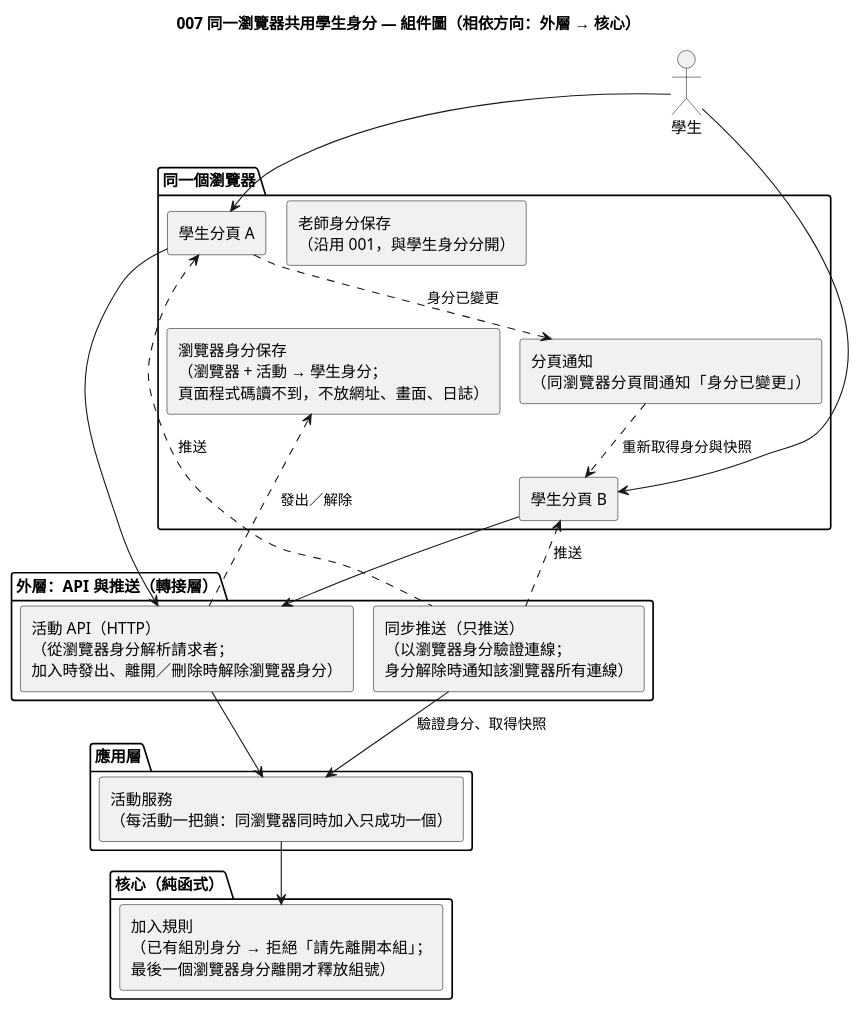
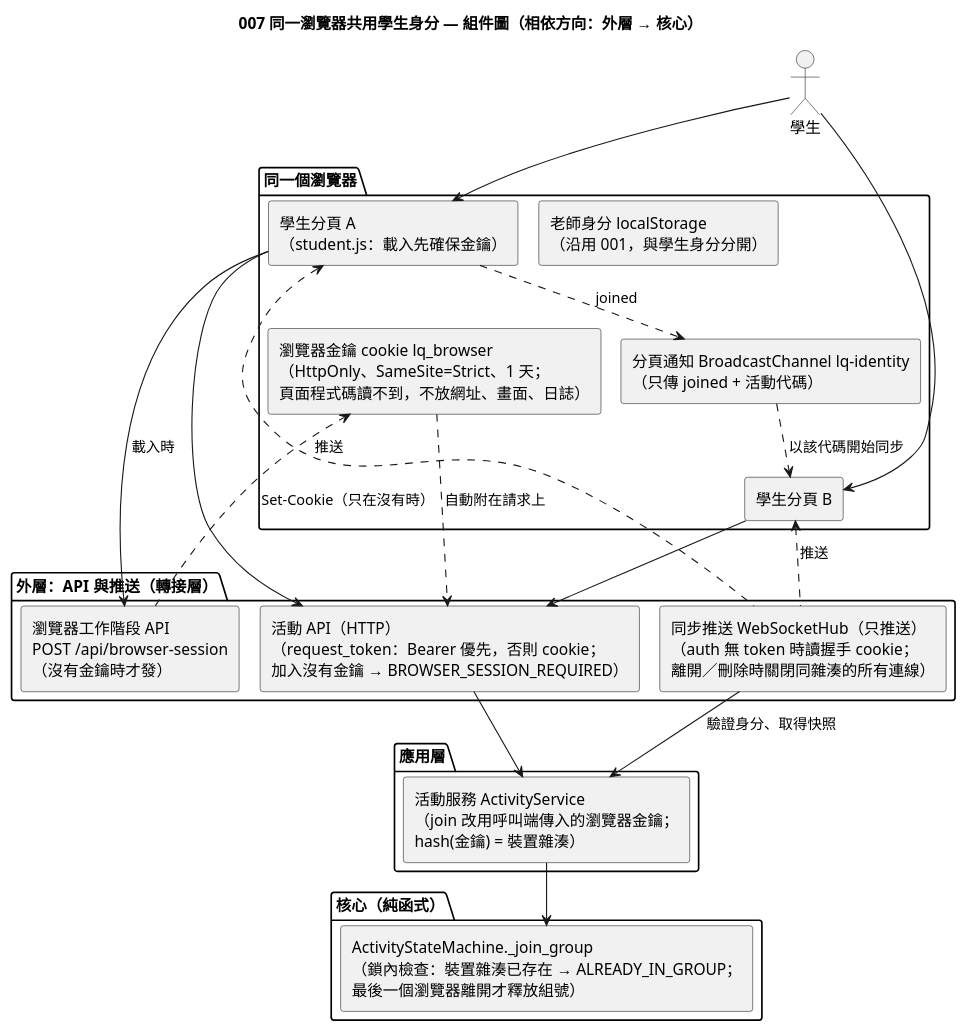
The diagram in diagrams/007-browser-identity-sync-component.puml (EricC430/lecture-answer-first_group16_speckit), drawn with PlantUML before and after one commit. The commit also changed 10 other files, not shown here.

First line of the commit message:
docs: 007 plan、research、data-model、契約與 quickstart，依設計更新圖表

```diff
--- a/diagrams/007-browser-identity-sync-component.puml
+++ b/diagrams/007-browser-identity-sync-component.puml
@@ -1,43 +1,46 @@
 @startuml 007-browser-identity-sync-component
 !pragma layout smetana
 skinparam defaultFontName "Microsoft JhengHei"
 skinparam componentStyle rectangle
 title 007 同一瀏覽器共用學生身分 — 組件圖（相依方向：外層 → 核心）
 
 actor "學生" as Student
 
 package "同一個瀏覽器" {
-  [學生分頁 A] as TabA
+  [學生分頁 A\n（student.js：載入先確保金鑰）] as TabA
   [學生分頁 B] as TabB
-  [瀏覽器身分保存\n（瀏覽器 + 活動 → 學生身分；\n頁面程式碼讀不到，不放網址、畫面、日誌）] as Store
-  [分頁通知\n（同瀏覽器分頁間通知「身分已變更」）] as TabBus
-  [老師身分保存\n（沿用 001，與學生身分分開）] as TeacherStore
+  [瀏覽器金鑰 cookie lq_browser\n（HttpOnly、SameSite=Strict、1 天；\n頁面程式碼讀不到，不放網址、畫面、日誌）] as Store
+  [分頁通知 BroadcastChannel lq-identity\n（只傳 joined + 活動代碼）] as TabBus
+  [老師身分 localStorage\n（沿用 001，與學生身分分開）] as TeacherStore
 }
 
 package "外層：API 與推送（轉接層）" {
-  [活動 API（HTTP）\n（從瀏覽器身分解析請求者；\n加入時發出、離開／刪除時解除瀏覽器身分）] as Api
-  [同步推送（只推送）\n（以瀏覽器身分驗證連線；\n身分解除時通知該瀏覽器所有連線）] as Sync
+  [瀏覽器工作階段 API\nPOST /api/browser-session\n（沒有金鑰時才發）] as SessionApi
+  [活動 API（HTTP）\n（request_token：Bearer 優先，否則 cookie；\n加入沒有金鑰 → BROWSER_SESSION_REQUIRED）] as Api
+  [同步推送 WebSocketHub（只推送）\n（auth 無 token 時讀握手 cookie；\n離開／刪除時關閉同雜湊的所有連線）] as Sync
 }
 
 package "應用層" {
-  [活動服務\n（每活動一把鎖：同瀏覽器同時加入只成功一個）] as Service
+  [活動服務 ActivityService\n（join 改用呼叫端傳入的瀏覽器金鑰；\nhash(金鑰) = 裝置雜湊）] as Service
 }
 
 package "核心（純函式）" {
-  [加入規則\n（已有組別身分 → 拒絕「請先離開本組」；\n最後一個瀏覽器身分離開才釋放組號）] as Rules
+  [ActivityStateMachine._join_group\n（鎖內檢查：裝置雜湊已存在 → ALREADY_IN_GROUP；\n最後一個瀏覽器離開才釋放組號）] as Rules
 }
 
 Student --> TabA
 Student --> TabB
+TabA --> SessionApi : 載入時
+SessionApi ..> Store : Set-Cookie（只在沒有時）
+Store ..> Api : 自動附在請求上
 TabA --> Api
 TabB --> Api
-Api ..> Store : 發出／解除
-TabA ..> TabBus : 身分已變更
-TabBus ..> TabB : 重新取得身分與快照
+TabA ..> TabBus : joined
+TabBus ..> TabB : 以該代碼開始同步
 TabA <.. Sync : 推送
 TabB <.. Sync : 推送
 Api --> Service
 Sync --> Service : 驗證身分、取得快照
 Service --> Rules
 TeacherStore -[hidden]- Store
 @enduml
```
